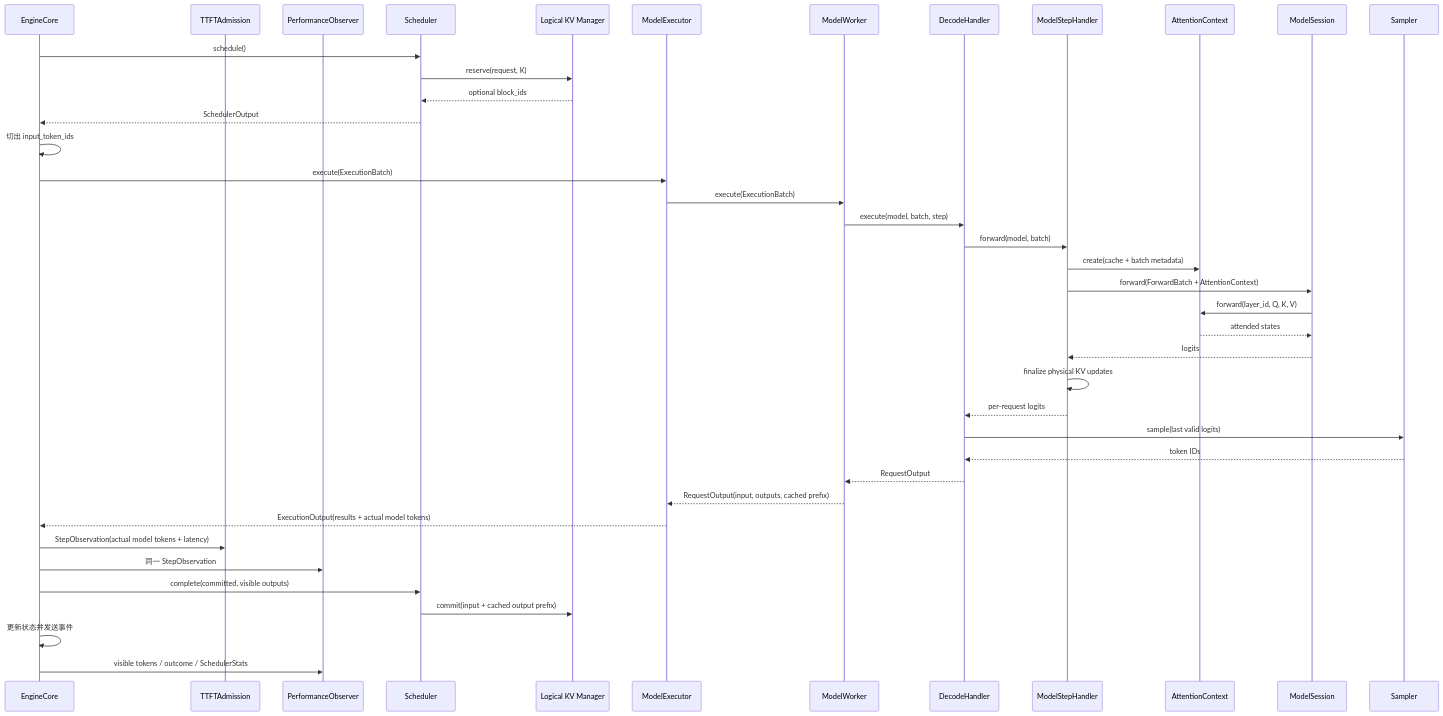
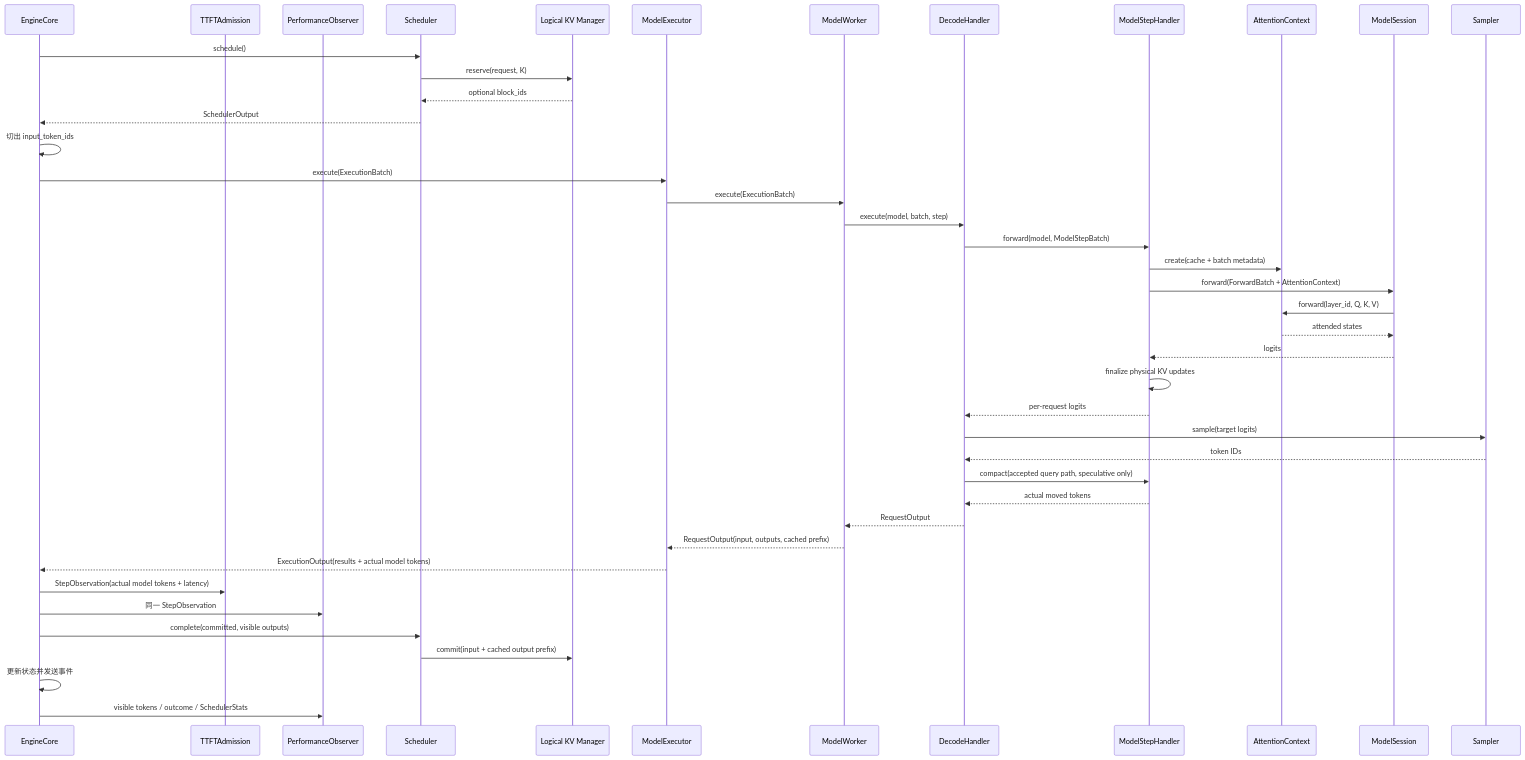
Before and after one commit to poorpaper/light-vllm: the second of 3 diagrams in docs/design.md, drawn with Mermaid. The commit also changed other lines of this file and 5 other files, not shown here.

````diff
--- a/docs/design.md
+++ b/docs/design.md
@@ -146,43 +149,45 @@
 ```mermaid
 sequenceDiagram
     participant E as EngineCore
     participant T as TTFTAdmission
     participant O as PerformanceObserver
     participant S as Scheduler
     participant K as Logical KV Manager
     participant X as ModelExecutor
     participant W as ModelWorker
     participant D as DecodeHandler
     participant H as ModelStepHandler
     participant A as AttentionContext
     participant M as ModelSession
     participant P as Sampler
 
     E->>S: schedule()
     S->>K: reserve(request, K)
     K-->>S: optional block_ids
     S-->>E: SchedulerOutput
     E->>E: 切出 input_token_ids
     E->>X: execute(ExecutionBatch)
     X->>W: execute(ExecutionBatch)
     W->>D: execute(model, batch, step)
-    D->>H: forward(model, batch)
+    D->>H: forward(model, ModelStepBatch)
     H->>A: create(cache + batch metadata)
     H->>M: forward(ForwardBatch + AttentionContext)
     M->>A: forward(layer_id, Q, K, V)
     A-->>M: attended states
     M-->>H: logits
     H->>H: finalize physical KV updates
     H-->>D: per-request logits
-    D->>P: sample(last valid logits)
+    D->>P: sample(target logits)
     P-->>D: token IDs
+    D->>H: compact(accepted query path, speculative only)
+    H-->>D: actual moved tokens
     D-->>W: RequestOutput
     W-->>X: RequestOutput(input, outputs, cached prefix)
     X-->>E: ExecutionOutput(results + actual model tokens)
     E->>T: StepObservation(actual model tokens + latency)
     E->>O: 同一 StepObservation
     E->>S: complete(committed, visible outputs)
     S->>K: commit(input + cached output prefix)
     E->>E: 更新状态并发送事件
     E->>O: visible tokens / outcome / SchedulerStats
 ```
````
